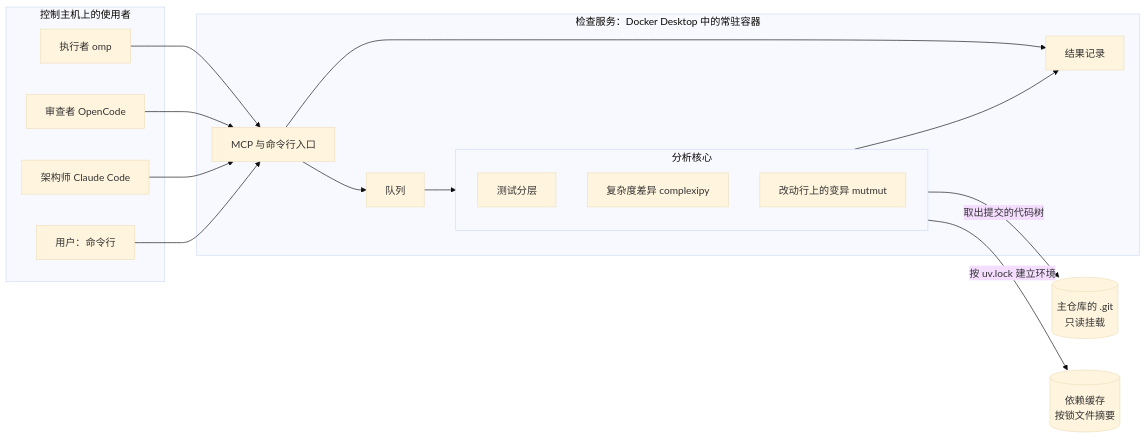
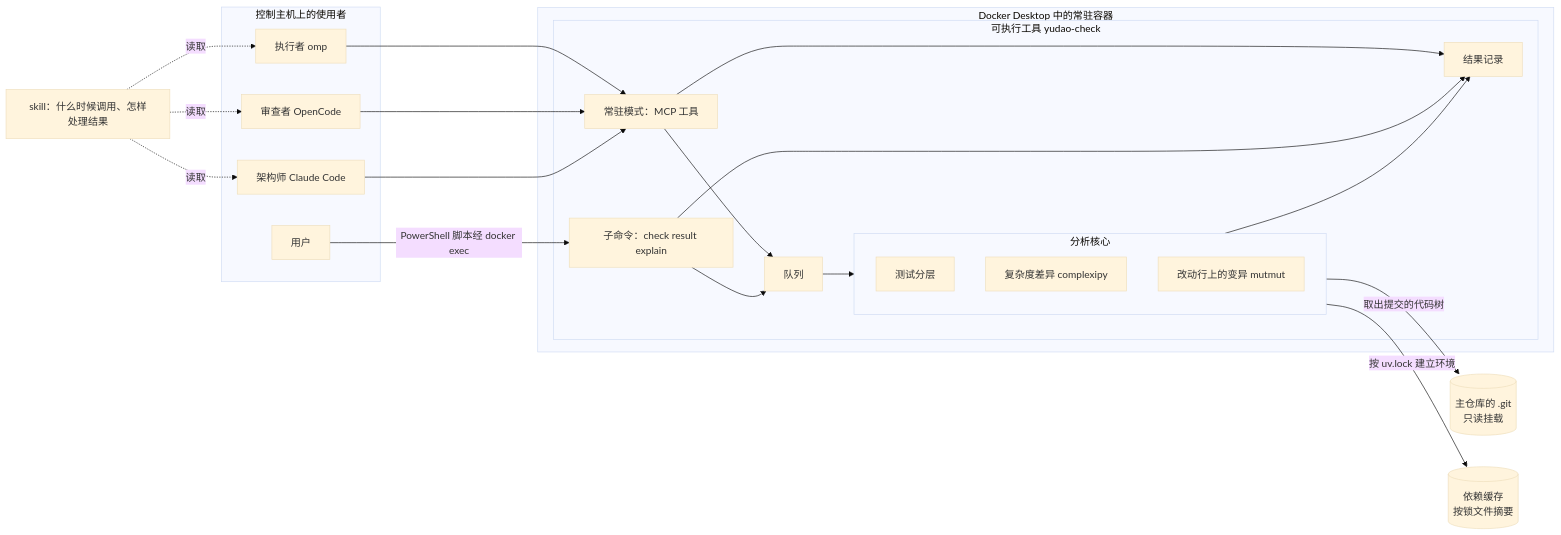
One commit to bender2333/yudao changed the diagram in docs/design/check-service.md. Above: the diagram before and after it, drawn with Mermaid (base theme). The commit also changed other lines of this file and 4 other files, not shown here.

First line of the commit message:
docs: 检查工具按可执行工具、MCP 与 skill 三部分设计

````diff
--- a/docs/design/check-service.md
+++ b/docs/design/check-service.md
@@ -178,31 +199,40 @@
 ```mermaid
 flowchart LR
     subgraph Agents[控制主机上的使用者]
         E[执行者 omp]
         R[审查者 OpenCode]
         A[架构师 Claude Code]
-        U[用户：命令行]
+        U[用户]
     end
-    subgraph Service[检查服务：Docker Desktop 中的常驻容器]
-        M[MCP 与命令行入口]
-        Q[队列]
-        S[结果记录]
-        subgraph Core[分析核心]
-            T[测试分层]
-            C[复杂度差异 complexipy]
-            V[改动行上的变异 mutmut]
+    K[skill：什么时候调用、怎样处理结果]
+    subgraph Box[Docker Desktop 中的常驻容器]
+        subgraph Exe[可执行工具 yudao-check]
+            M[常驻模式：MCP 工具]
+            CLI[子命令：check result explain]
+            Q[队列]
+            S[结果记录]
+            subgraph Core[分析核心]
+                T[测试分层]
+                C[复杂度差异 complexipy]
+                V[改动行上的变异 mutmut]
+            end
         end
     end
     G[(主仓库的 .git<br/>只读挂载)]
     L[(依赖缓存<br/>按锁文件摘要)]
+    K -.读取.-> E
+    K -.读取.-> R
+    K -.读取.-> A
     E --> M
     R --> M
     A --> M
-    U --> M
+    U -->|PowerShell 脚本经 docker exec| CLI
+    M --> Q
+    CLI --> Q
     M --> S
-    M --> Q
+    CLI --> S
     Q --> Core
     Core --> S
     Core -->|取出提交的代码树| G
     Core -->|按 uv.lock 建立环境| L
 ```
````
